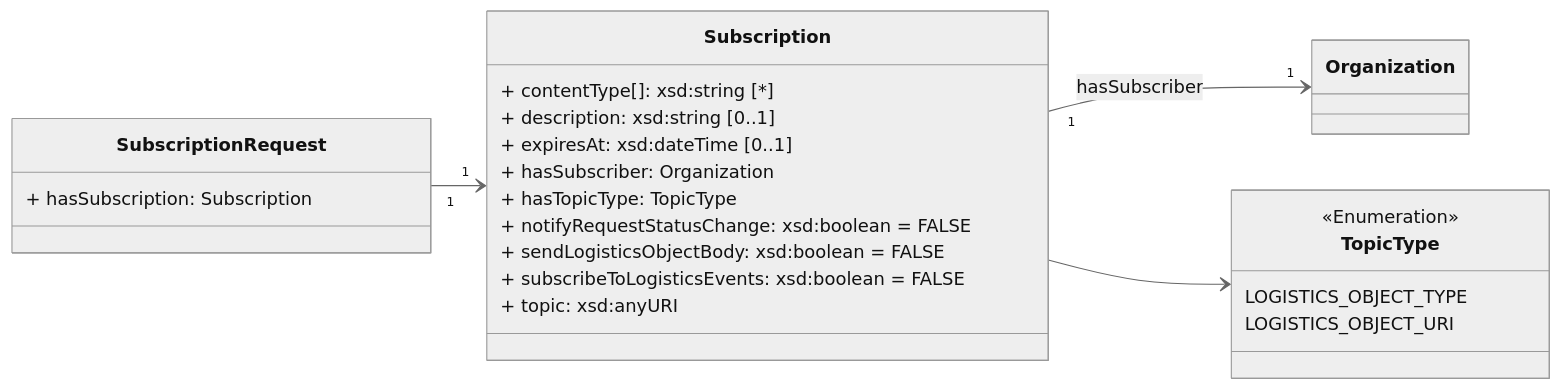
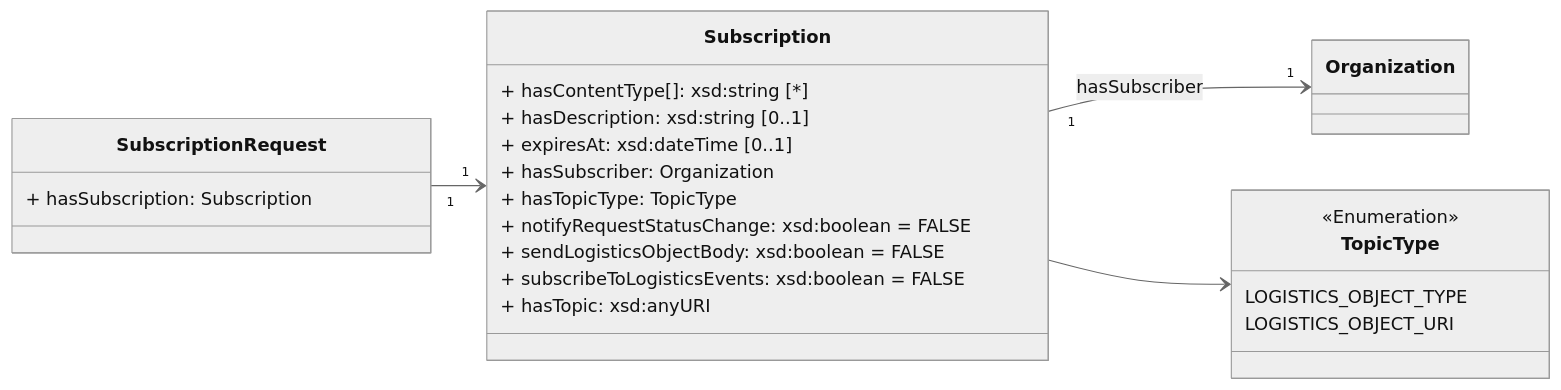
The first of 3 diagrams in working_draft/API/docs/subscriptions.md (IATA-Cargo/ONE-Record), drawn with Mermaid (neutral theme) before and after one commit. The commit also changed other lines of this file and 54 other files, not shown here.

````diff
--- a/working_draft/API/docs/subscriptions.md
+++ b/working_draft/API/docs/subscriptions.md
@@ -25,32 +25,32 @@
 ```mermaid
 classDiagram
     direction LR
 
     class Organization{
     }
 
     class SubscriptionRequest{
         + hasSubscription: Subscription
     }   
     SubscriptionRequest "1" --> "1" Subscription
 
     class Subscription{        
-        + contentType[]: xsd:string [*]
-        + description: xsd:string [0..1]
+        + hasContentType[]: xsd:string [*]
+        + hasDescription: xsd:string [0..1]
         + expiresAt: xsd:dateTime [0..1]                                
         + hasSubscriber: Organization        
         + hasTopicType: TopicType        
-        + notifyRequestStatusChange: xsd:boolean = FALSE
+                + notifyRequestStatusChange: xsd:boolean = FALSE
         + sendLogisticsObjectBody: xsd:boolean = FALSE        
         + subscribeToLogisticsEvents: xsd:boolean = FALSE
-        + topic: xsd:anyURI        
+        + hasTopic: xsd:anyURI        
     }    
     Subscription "1" --> "1" Organization: hasSubscriber
     Subscription --> TopicType
 
     class TopicType{
         <<Enumeration>>
         LOGISTICS_OBJECT_TYPE
         LOGISTICS_OBJECT_URI
     }
 ```
````
